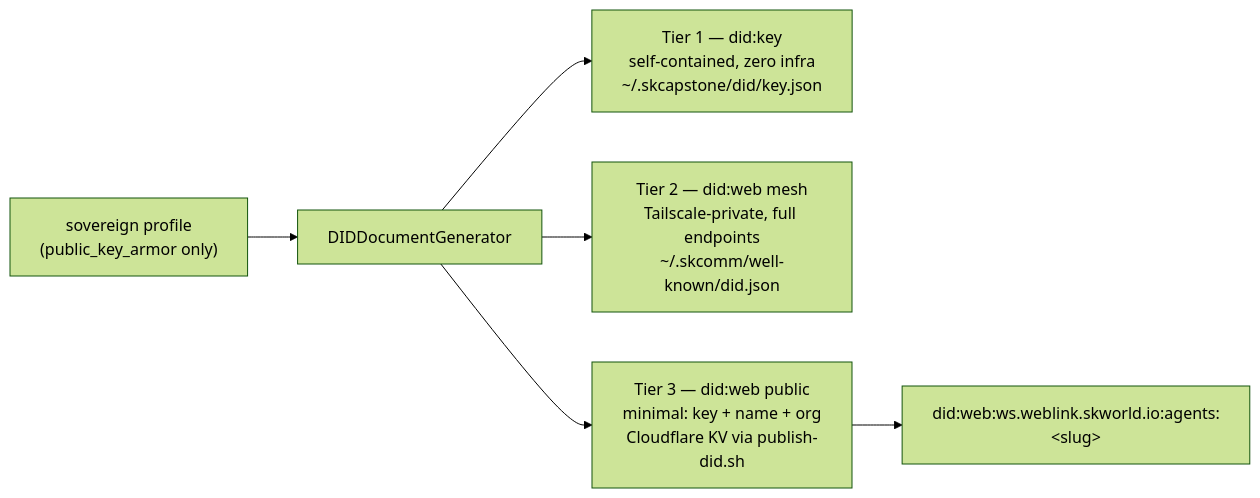
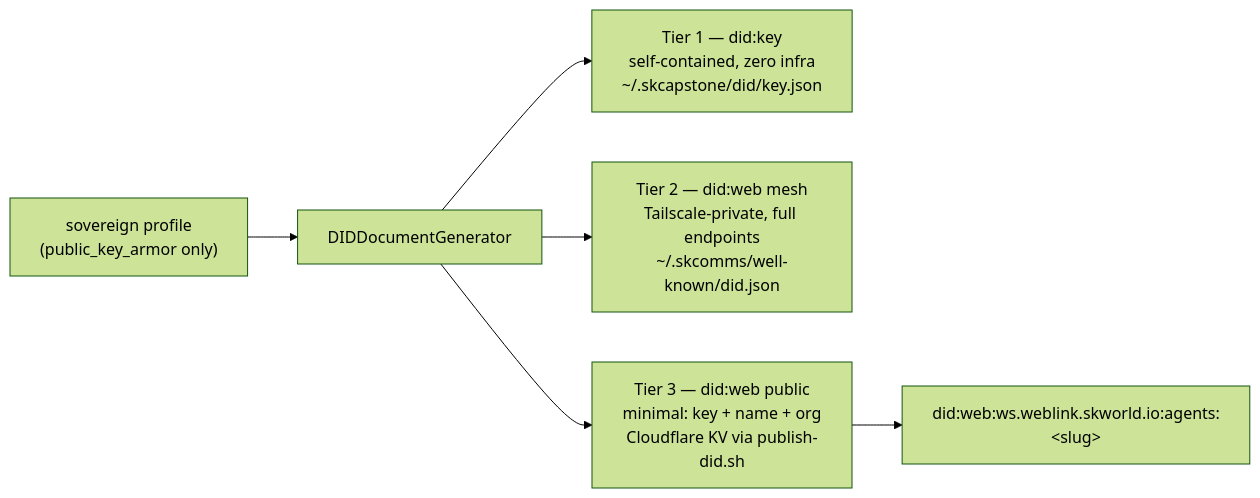
One commit to jarvis1openclaw/capauth changed the fourth of 9 diagrams in docs/ARCHITECTURE.md. Above: the diagram before and after it, drawn with Mermaid (forest theme). The commit also changed other lines of this file and 2 other files, not shown here.

Commit message:
refactor: skcomm→skcomms references

````diff
--- a/docs/ARCHITECTURE.md
+++ b/docs/ARCHITECTURE.md
@@ -111,8 +111,8 @@
 ```mermaid
 flowchart LR
     PROF["sovereign profile<br/>(public_key_armor only)"] --> GEN["DIDDocumentGenerator"]
     GEN --> T1["Tier 1 — did:key<br/>self-contained, zero infra<br/>~/.skcapstone/did/key.json"]
-    GEN --> T2["Tier 2 — did:web mesh<br/>Tailscale-private, full endpoints<br/>~/.skcomm/well-known/did.json"]
+    GEN --> T2["Tier 2 — did:web mesh<br/>Tailscale-private, full endpoints<br/>~/.skcomms/well-known/did.json"]
     GEN --> T3["Tier 3 — did:web public<br/>minimal: key + name + org<br/>Cloudflare KV via publish-did.sh"]
     T3 --> PUB["did:web:ws.weblink.skworld.io:agents:&lt;slug&gt;"]
 ```
````
